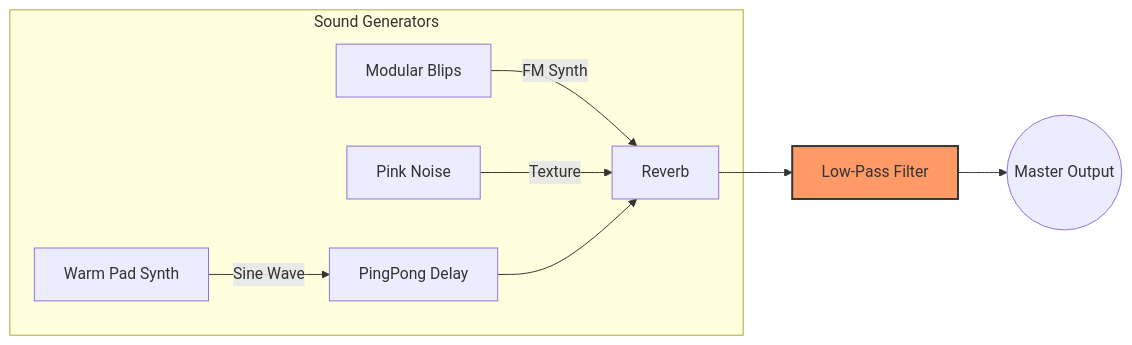
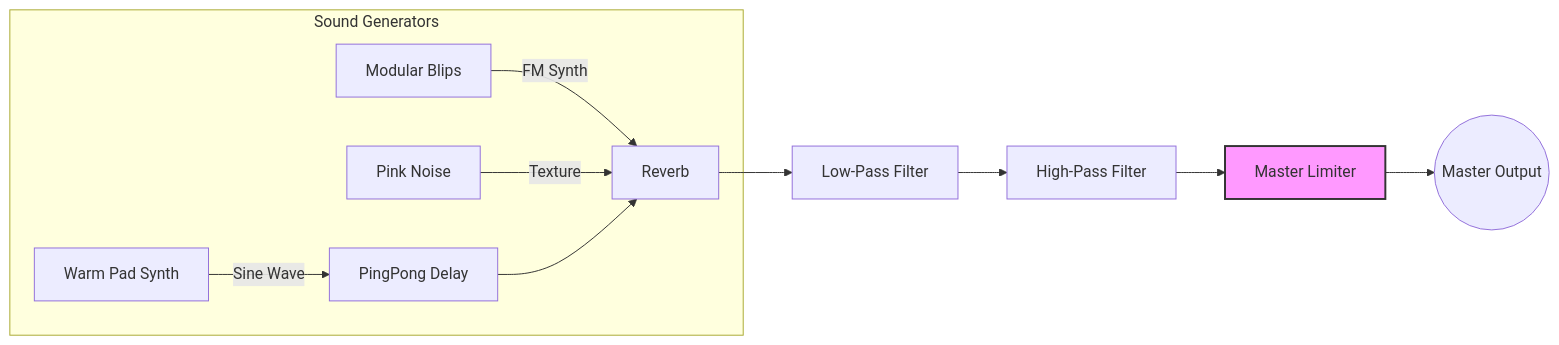
One commit to nojiyoon/devfocus changed the diagram in README.md. Above: the diagram before and after it, drawn with Mermaid. The commit also changed other lines of this file, not shown here.

````diff
--- a/README.md
+++ b/README.md
@@ -33,14 +31,16 @@
 ```mermaid
 graph LR
     subgraph Sources [Sound Generators]
         A[Warm Pad Synth] -->|Sine Wave| D[PingPong Delay]
         B[Modular Blips] -->|FM Synth| E[Reverb]
         C[Pink Noise] -->|Texture| E
     end
 
     D --> E
     E --> F[Low-Pass Filter]
-    F --> G((Master Output))
+    F --> H[High-Pass Filter]
+    H --> I[Master Limiter]
+    I --> G((Master Output))
 
-    style F fill:#f96,stroke:#333,stroke-width:2px
+    style I fill:#f9f,stroke:#333,stroke-width:2px
 ```
````
